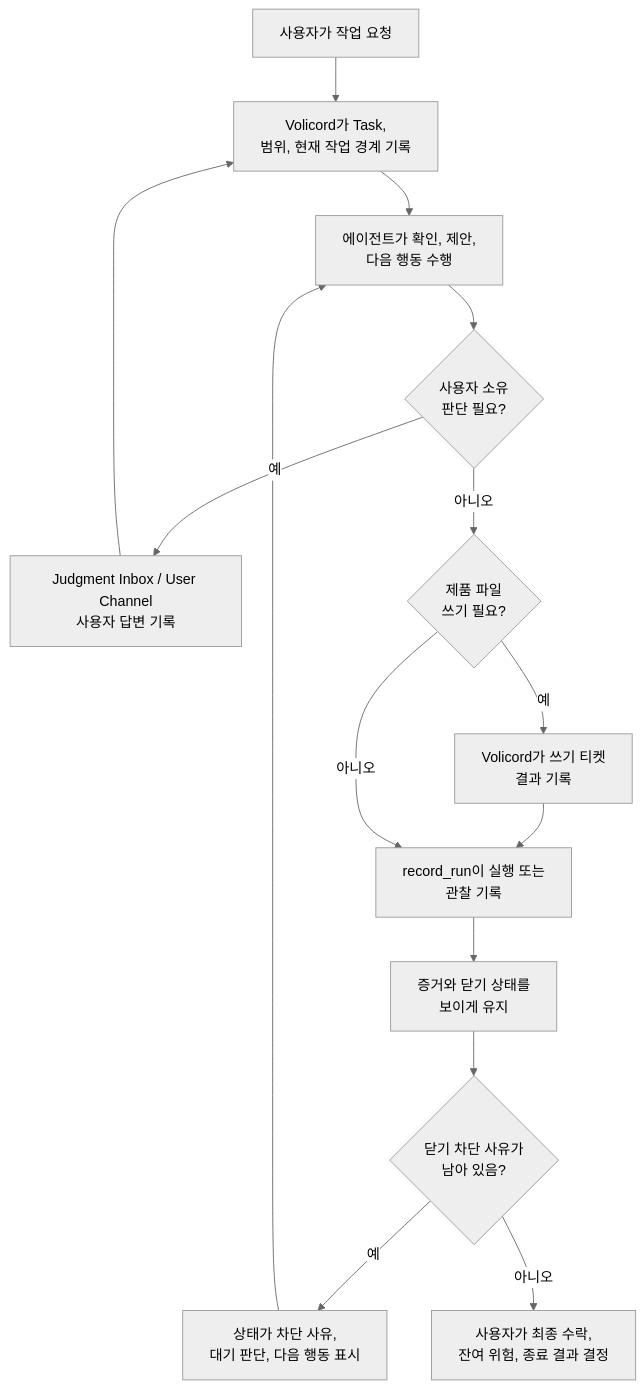
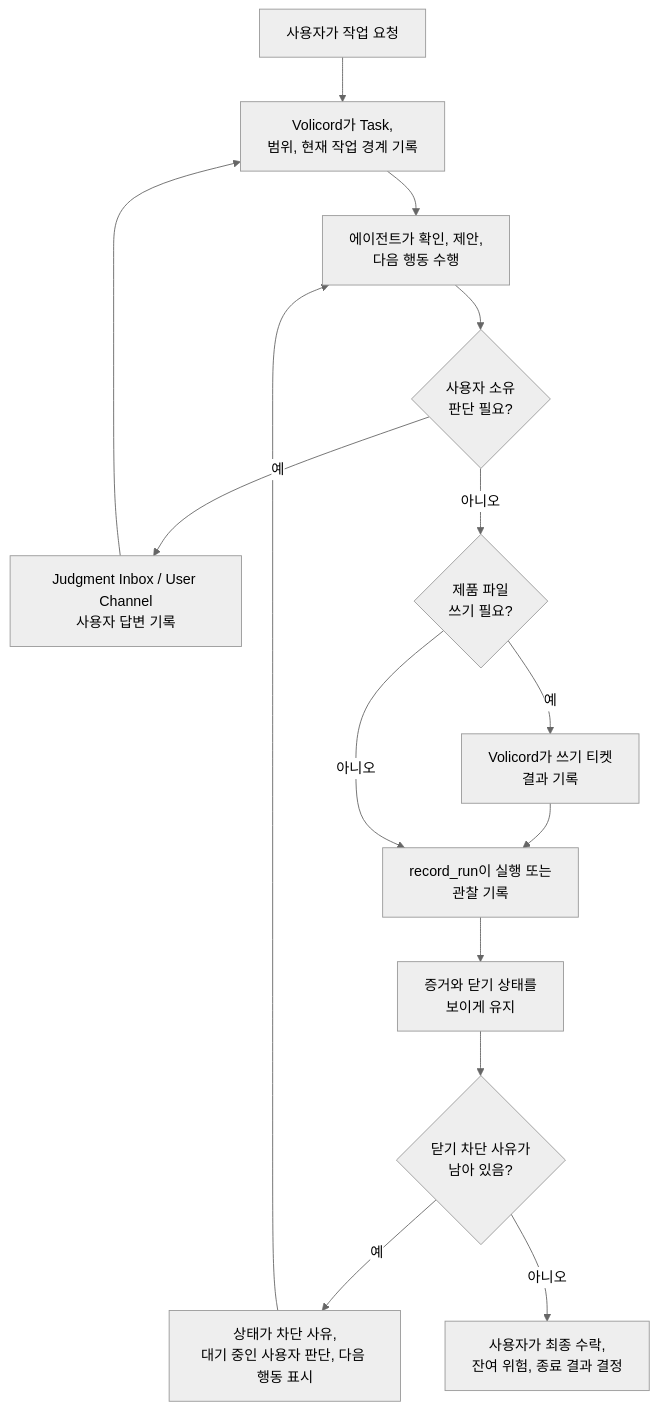
One commit to minjungw00/Volicord changed the second of 2 diagrams in README.ko.md. Above: the diagram before and after it, drawn with Mermaid (neutral theme). The commit also changed other lines of this file and 9 other files, not shown here.

````diff
--- a/README.ko.md
+++ b/README.ko.md
@@ -86,24 +86,24 @@
 ```mermaid
 flowchart TD
   request["사용자가 작업 요청"]
   task["Volicord가 Task,<br/>범위, 현재 작업 경계 기록"]
   agent["에이전트가 확인, 제안,<br/>다음 행동 수행"]
   judgment{"사용자 소유<br/>판단 필요?"}
   inbox["Judgment Inbox / User Channel<br/>사용자 답변 기록"]
   write{"제품 파일<br/>쓰기 필요?"}
   ticket["Volicord가 쓰기 티켓<br/>결과 기록"]
   run["record_run이 실행 또는<br/>관찰 기록"]
   evidence["증거와 닫기 상태를<br/>보이게 유지"]
   close{"닫기 차단 사유가<br/>남아 있음?"}
-  status["상태가 차단 사유,<br/>대기 판단, 다음 행동 표시"]
+  status["상태가 차단 사유,<br/>대기 중인 사용자 판단, 다음 행동 표시"]
   finish["사용자가 최종 수락,<br/>잔여 위험, 종료 결과 결정"]
 
   request --> task --> agent --> judgment
   judgment -- 예 --> inbox --> task
   judgment -- 아니오 --> write
   write -- 예 --> ticket --> run
   write -- 아니오 --> run
   run --> evidence --> close
   close -- 예 --> status --> agent
   close -- 아니오 --> finish
 ```
````
